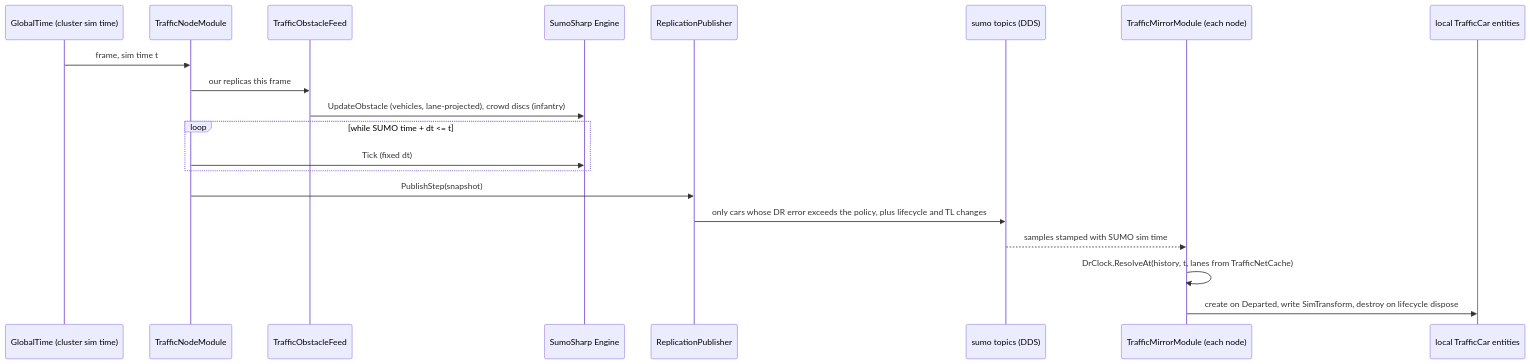
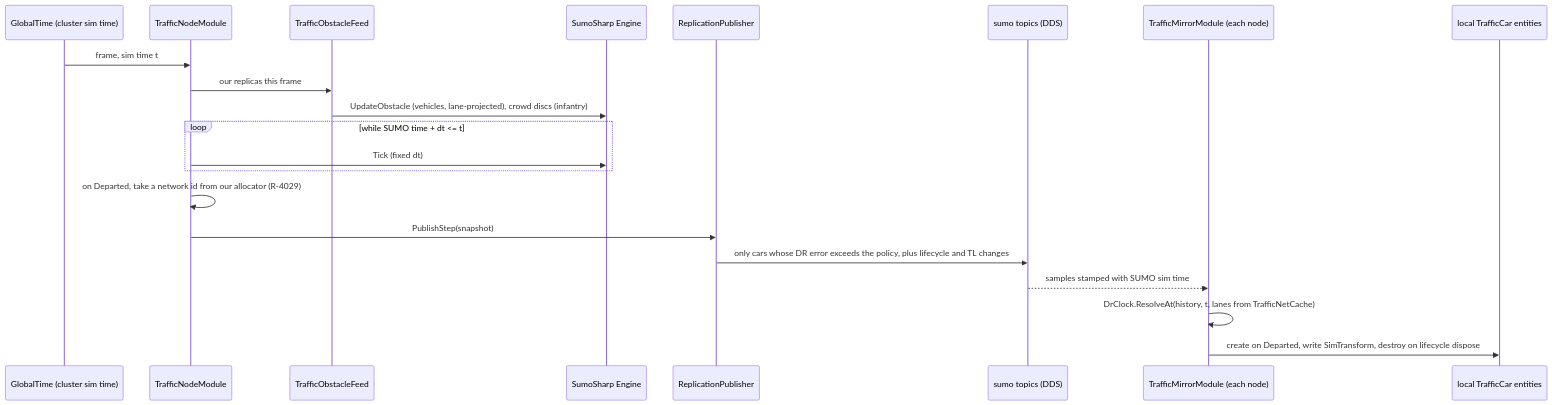
Before and after one commit to pjanec/HROT: the second of 4 diagrams in docs/blueprints/Architect_Question_93_Sumo_Traffic_Node.md, drawn with Mermaid. The commit also changed other lines of this file and 1 other file, not shown here.

````diff
--- a/docs/blueprints/Architect_Question_93_Sumo_Traffic_Node.md
+++ b/docs/blueprints/Architect_Question_93_Sumo_Traffic_Node.md
@@ -152,22 +158,23 @@
 ```mermaid
 sequenceDiagram
   participant GT as GlobalTime (cluster sim time)
   participant TN as TrafficNodeModule
   participant OF as TrafficObstacleFeed
   participant E as SumoSharp Engine
   participant P as ReplicationPublisher
   participant W as sumo topics (DDS)
   participant M as TrafficMirrorModule (each node)
   participant R as local TrafficCar entities
   GT->>TN: frame, sim time t
   TN->>OF: our replicas this frame
   OF->>E: UpdateObstacle (vehicles, lane-projected), crowd discs (infantry)
   loop while SUMO time + dt <= t
     TN->>E: Tick (fixed dt)
   end
+  TN->>TN: on Departed, take a network id from our allocator (R-4029)
   TN->>P: PublishStep(snapshot)
   P->>W: only cars whose DR error exceeds the policy, plus lifecycle and TL changes
   W-->>M: samples stamped with SUMO sim time
   M->>M: DrClock.ResolveAt(history, t, lanes from TrafficNetCache)
   M->>R: create on Departed, write SimTransform, destroy on lifecycle dispose
 ```
````
